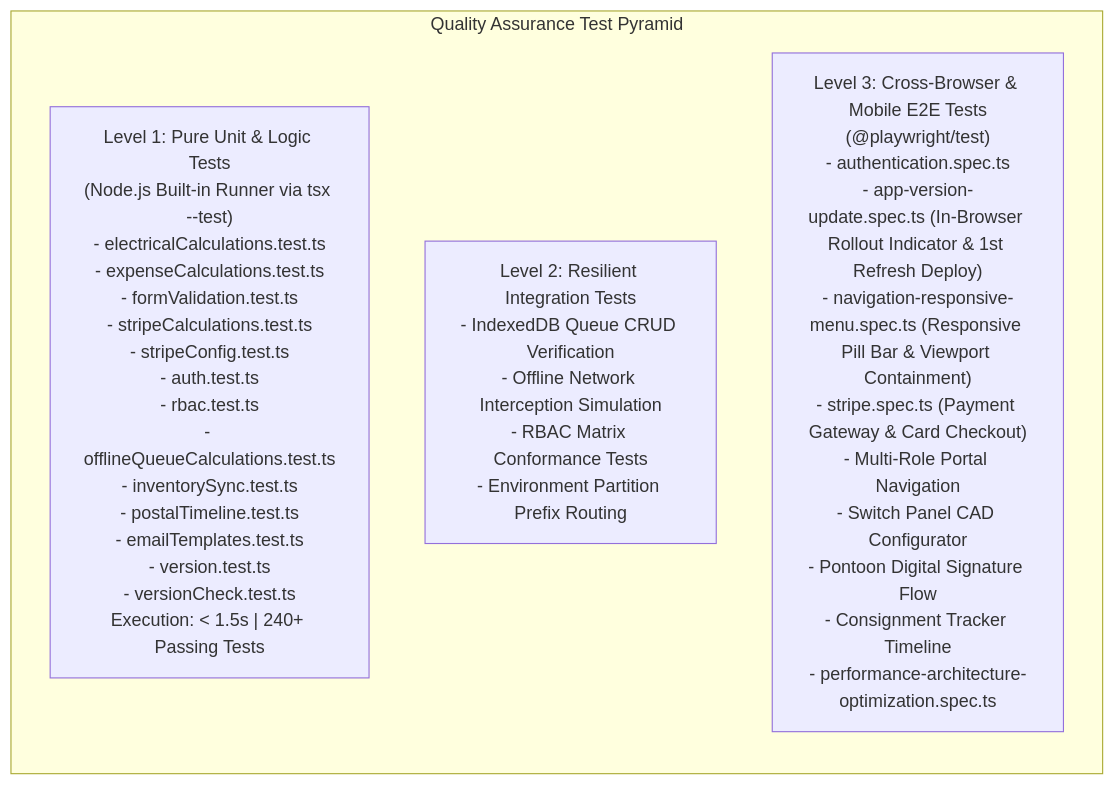
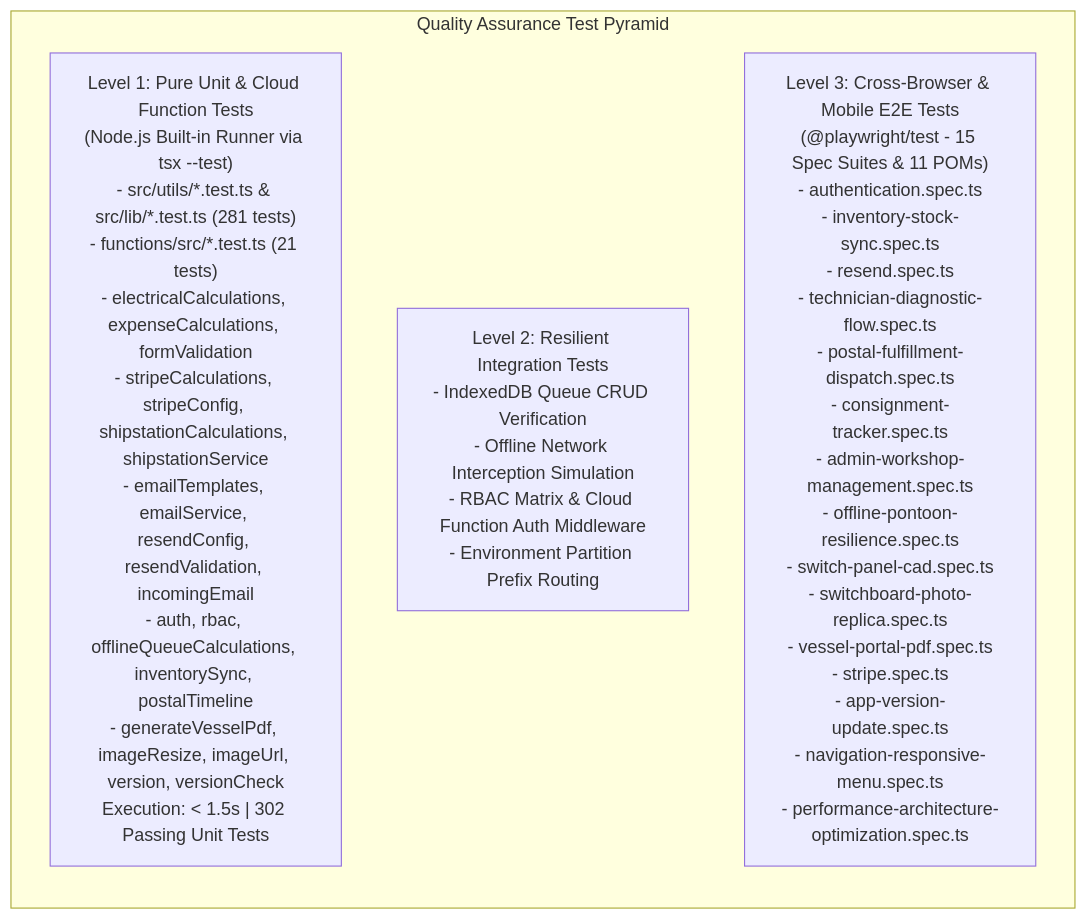
One commit to AnthonyWrather/ajwmes changed the sixth of 7 diagrams in DESIGN.md. Above: the diagram before and after it, drawn with Mermaid. The commit also changed other lines of this file and 11 other files, not shown here.

Commit message:
docs: sync documentation, AI control files, and E2E user journey roadmap

````diff
--- a/DESIGN.md
+++ b/DESIGN.md
@@ -539,11 +545,11 @@
 ```mermaid
 graph BT
     subgraph TestPyramid["Quality Assurance Test Pyramid"]
         direction BT
-        Unit["Level 1: Pure Unit & Logic Tests\n(Node.js Built-in Runner via tsx --test)\n- electricalCalculations.test.ts\n- expenseCalculations.test.ts\n- formValidation.test.ts\n- stripeCalculations.test.ts\n- stripeConfig.test.ts\n- auth.test.ts\n- rbac.test.ts\n- offlineQueueCalculations.test.ts\n- inventorySync.test.ts\n- postalTimeline.test.ts\n- emailTemplates.test.ts\n- version.test.ts\n- versionCheck.test.ts\nExecution: < 1.5s | 240+ Passing Tests"]
+        Unit["Level 1: Pure Unit & Cloud Function Tests\n(Node.js Built-in Runner via tsx --test)\n- src/utils/*.test.ts & src/lib/*.test.ts (281 tests)\n- functions/src/*.test.ts (21 tests)\n- electricalCalculations, expenseCalculations, formValidation\n- stripeCalculations, stripeConfig, shipstationCalculations, shipstationService\n- emailTemplates, emailService, resendConfig, resendValidation, incomingEmail\n- auth, rbac, offlineQueueCalculations, inventorySync, postalTimeline\n- generateVesselPdf, imageResize, imageUrl, version, versionCheck\nExecution: < 1.5s | 302 Passing Unit Tests"]
         
-        Integration["Level 2: Resilient Integration Tests\n- IndexedDB Queue CRUD Verification\n- Offline Network Interception Simulation\n- RBAC Matrix Conformance Tests\n- Environment Partition Prefix Routing"]
+        Integration["Level 2: Resilient Integration Tests\n- IndexedDB Queue CRUD Verification\n- Offline Network Interception Simulation\n- RBAC Matrix & Cloud Function Auth Middleware\n- Environment Partition Prefix Routing"]
         
-        E2E["Level 3: Cross-Browser & Mobile E2E Tests\n(@playwright/test)\n- authentication.spec.ts\n- app-version-update.spec.ts (In-Browser Rollout Indicator & 1st Refresh Deploy)\n- navigation-responsive-menu.spec.ts (Responsive Pill Bar & Viewport Containment)\n- stripe.spec.ts (Payment Gateway & Card Checkout)\n- Multi-Role Portal Navigation\n- Switch Panel CAD Configurator\n- Pontoon Digital Signature Flow\n- Consignment Tracker Timeline\n- performance-architecture-optimization.spec.ts"]
+        E2E["Level 3: Cross-Browser & Mobile E2E Tests\n(@playwright/test - 15 Spec Suites & 11 POMs)\n- authentication.spec.ts\n- inventory-stock-sync.spec.ts\n- resend.spec.ts\n- technician-diagnostic-flow.spec.ts\n- postal-fulfillment-dispatch.spec.ts\n- consignment-tracker.spec.ts\n- admin-workshop-management.spec.ts\n- offline-pontoon-resilience.spec.ts\n- switch-panel-cad.spec.ts\n- switchboard-photo-replica.spec.ts\n- vessel-portal-pdf.spec.ts\n- stripe.spec.ts\n- app-version-update.spec.ts\n- navigation-responsive-menu.spec.ts\n- performance-architecture-optimization.spec.ts"]
     end
 ```
````
